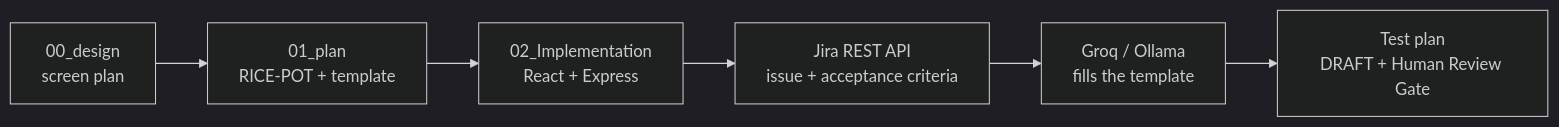
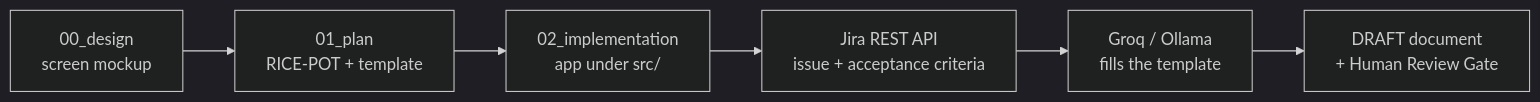
Before and after one commit to SathishQASelenium/AITesterBlueprint5x: the eighth of 9 diagrams in README.md, drawn with Mermaid (dark theme). The commit also changed other lines of this file and 65 other files, not shown here.

````diff
--- a/README.md
+++ b/README.md
@@ -321,8 +375,8 @@
 ```mermaid
 flowchart LR
-    D["00_design<br/>screen plan"] --> P["01_plan<br/>RICE-POT + template"]
-    P --> I["02_Implementation<br/>React + Express"]
+    D["00_design<br/>screen mockup"] --> P["01_plan<br/>RICE-POT + template"]
+    P --> I["02_implementation<br/>app under src/"]
     I --> J["Jira REST API<br/>issue + acceptance criteria"]
     J --> L["Groq / Ollama<br/>fills the template"]
-    L --> R["Test plan<br/>DRAFT + Human Review Gate"]
+    L --> R["DRAFT document<br/>+ Human Review Gate"]
 ```
````
